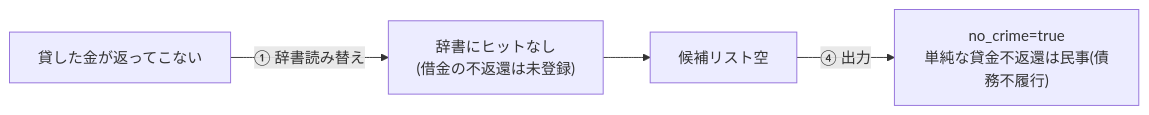
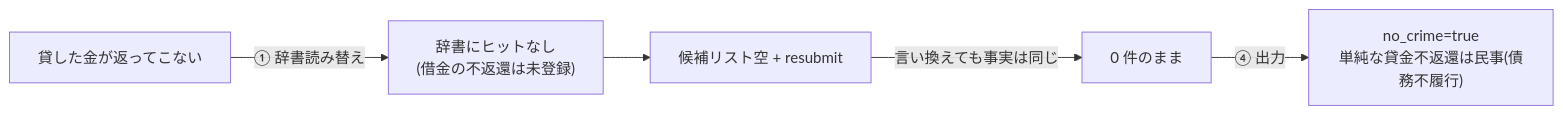
Before and after one commit to kazuhitogo/criminal-law-agent: the eighth of 9 diagrams in AGENT_INTERNALS.md, drawn with Mermaid. The commit also changed other lines of this file and 10 other files, not shown here.

````diff
--- a/AGENT_INTERNALS.md
+++ b/AGENT_INTERNALS.md
@@ -143,6 +159,7 @@
 ```mermaid
 flowchart LR
     IN["貸した金が返ってこない"] -->|① 辞書読み替え| X["辞書にヒットなし<br/>(借金の不返還は未登録)"]
-    X --> EMPTY["候補リスト空"]
-    EMPTY -->|④ 出力| O["no_crime=true<br/>単純な貸金不返還は民事(債務不履行)"]
+    X --> EMPTY["候補リスト空 + resubmit"]
+    EMPTY -->|言い換えても事実は同じ| EMPTY2["0 件のまま"]
+    EMPTY2 -->|④ 出力| O["no_crime=true<br/>単純な貸金不返還は民事(債務不履行)"]
 ```
````
